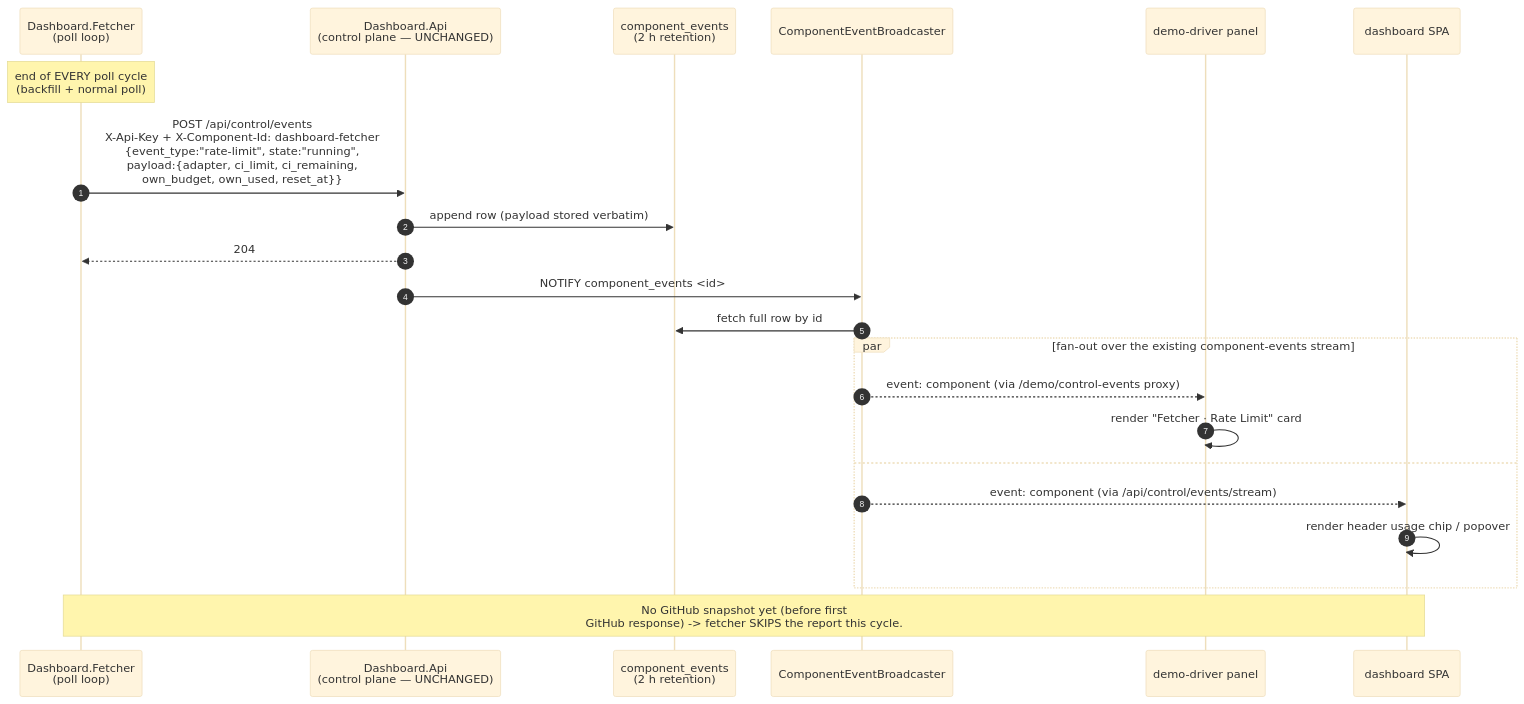
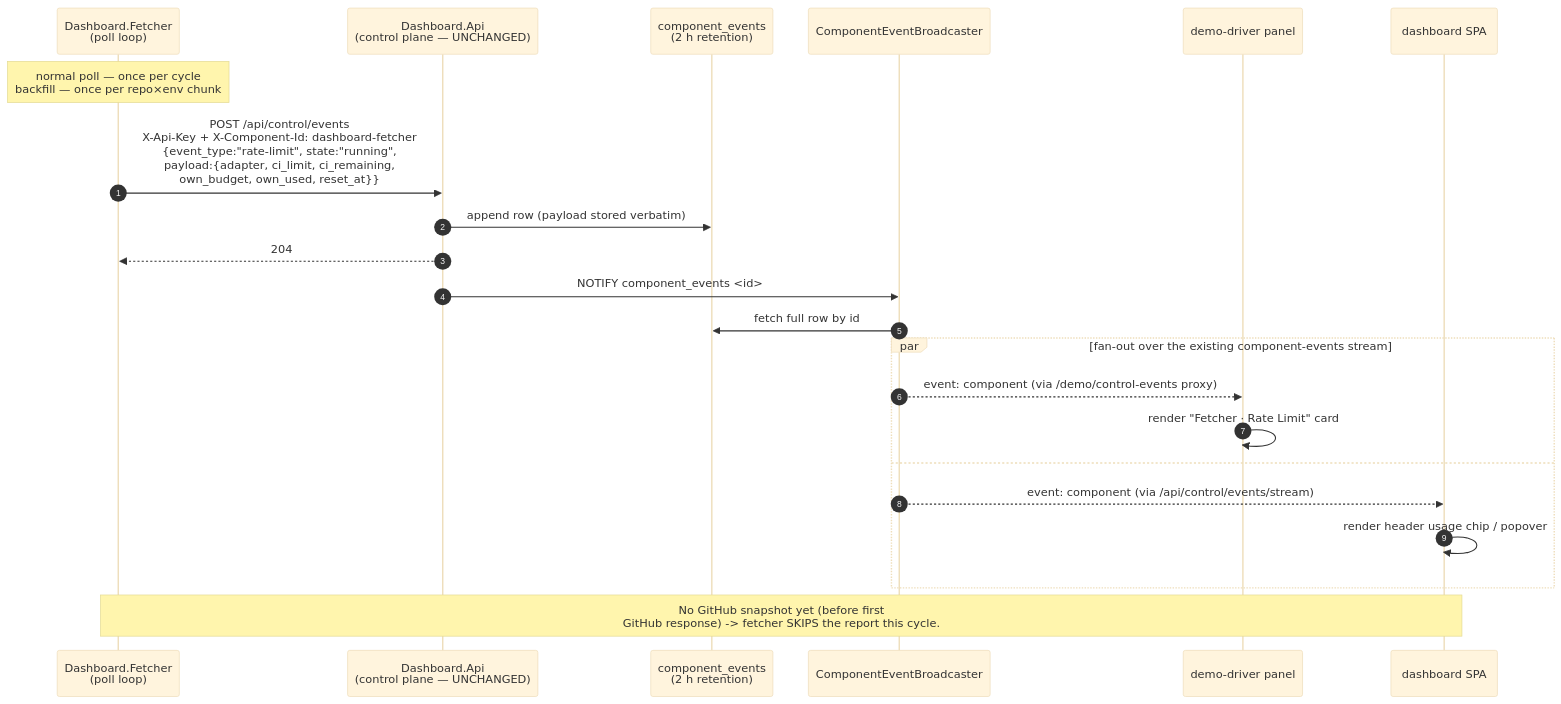
Before and after one commit to kostiantyn-matsebora/deployment-dashboard: the first of 2 diagrams in docs/diagrams/fetcher-rate-limit.md, drawn with Mermaid (base theme). The commit also changed other lines of this file and 4 other files, not shown here.

First line of the commit message:
fix(fetcher): emit rate-limit report per chunk during backfill (#361)

````diff
--- a/docs/diagrams/fetcher-rate-limit.md
+++ b/docs/diagrams/fetcher-rate-limit.md
@@ -11,26 +11,26 @@
 ```mermaid
 sequenceDiagram
     autonumber
     participant F as Dashboard.Fetcher<br/>(poll loop)
     participant API as Dashboard.Api<br/>(control plane — UNCHANGED)
     participant DB as component_events<br/>(2 h retention)
     participant BC as ComponentEventBroadcaster
     participant DD as demo-driver panel
     participant SPA as dashboard SPA
 
-    Note over F: end of EVERY poll cycle<br/>(backfill + normal poll)
+    Note over F: normal poll — once per cycle<br/>backfill — once per repo×env chunk
     F->>API: POST /api/control/events<br/>X-Api-Key + X-Component-Id: dashboard-fetcher<br/>{event_type:"rate-limit", state:"running",<br/> payload:{adapter, ci_limit, ci_remaining,<br/> own_budget, own_used, reset_at}}
     API->>DB: append row (payload stored verbatim)
     API-->>F: 204
     API->>BC: NOTIFY component_events <id>
     BC->>DB: fetch full row by id
     par fan-out over the existing component-events stream
         BC-->>DD: event: component  (via /demo/control-events proxy)
         DD->>DD: render "Fetcher · Rate Limit" card
     and
         BC-->>SPA: event: component  (via /api/control/events/stream)
         SPA->>SPA: render header usage chip / popover
     end
 
     Note over F,SPA: No GitHub snapshot yet (before first<br/>GitHub response) -> fetcher SKIPS the report this cycle.
 ```
````
